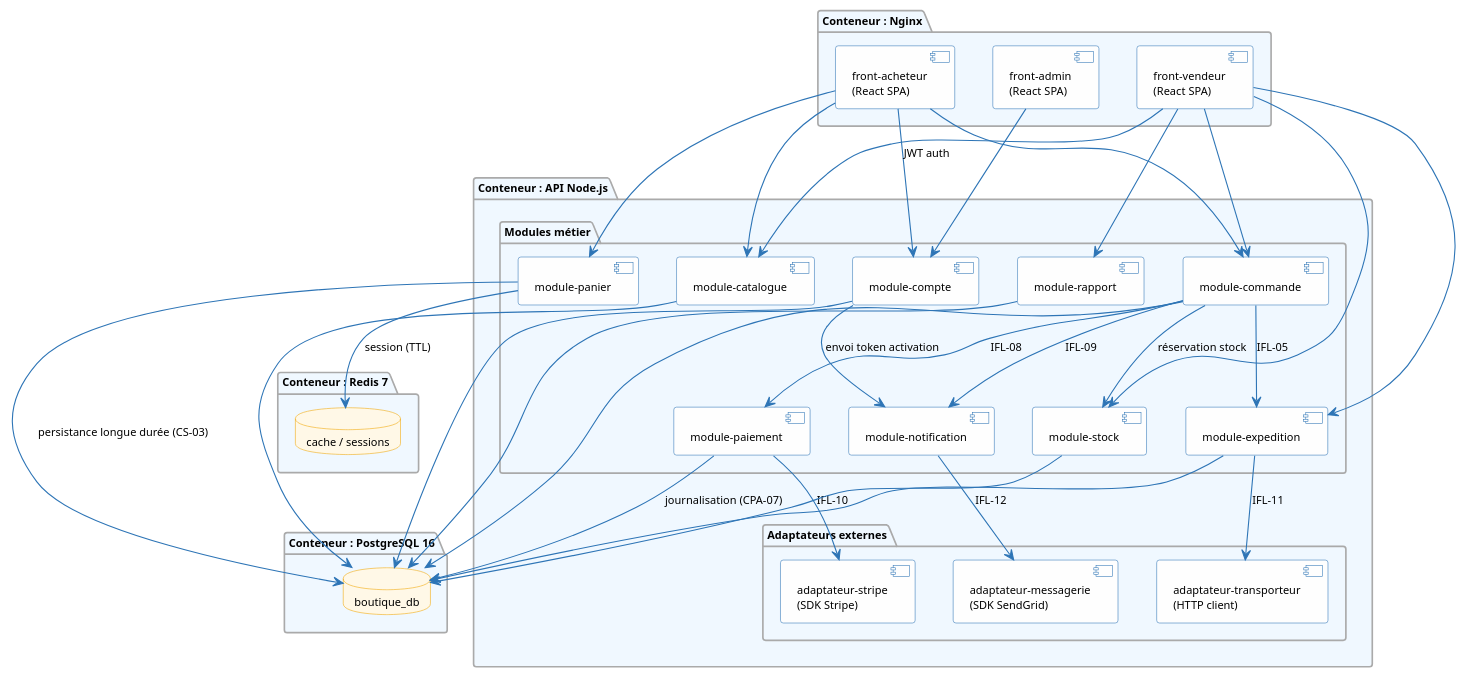
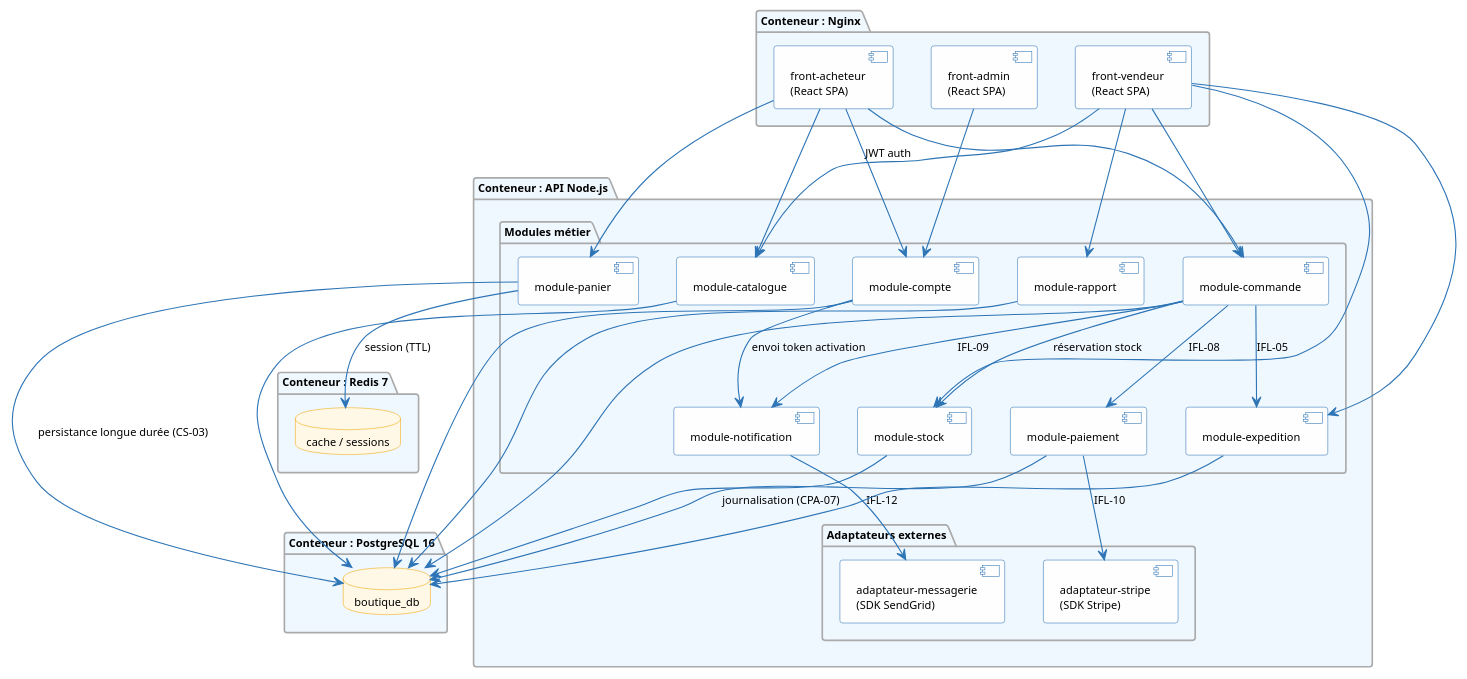
Before and after one commit to louistalvande/online_shop: the second of 4 diagrams in architecture/04-physical-architecture/pa.adoc, drawn with PlantUML. The commit also changed other lines of this file and 4 other files, not shown here.

```diff
--- a/architecture/04-physical-architecture/pa.adoc
+++ b/architecture/04-physical-architecture/pa.adoc
@@ -230,74 +225,72 @@
 [plantuml, pa-components, svg]
 ----
 skinparam componentBackgroundColor #FEFEFE
 skinparam componentBorderColor #2E75B6
 skinparam arrowColor #2E75B6
 skinparam packageBackgroundColor #F0F8FF
 skinparam packageBorderColor #AAAAAA
 skinparam databaseBackgroundColor #FFF8E7
 skinparam databaseBorderColor #F0A500
 skinparam defaultFontSize 10
 
 package "Conteneur : Nginx" {
   [front-acheteur\n(React SPA)] as FrontB
   [front-vendeur\n(React SPA)] as FrontV
   [front-admin\n(React SPA)] as FrontA
 }
 
 package "Conteneur : API Node.js" {
   package "Modules métier" {
     [module-compte] as MCompte
     [module-catalogue] as MCatalogue
     [module-stock] as MStock
     [module-panier] as MPanier
     [module-commande] as MCommande
     [module-paiement] as MPaiement
     [module-expedition] as MExpedition
     [module-notification] as MNotif
     [module-rapport] as MRapport
   }
   package "Adaptateurs externes" {
     [adaptateur-stripe\n(SDK Stripe)] as AStripe
-    [adaptateur-transporteur\n(HTTP client)] as ACarrier
     [adaptateur-messagerie\n(SDK SendGrid)] as AMail
   }
 }
 
 package "Conteneur : PostgreSQL 16" {
   database "boutique_db" as PgDB
 }
 
 package "Conteneur : Redis 7" {
   database "cache / sessions" as RedisDB
 }
 
 FrontB --> MCompte : JWT auth
 FrontB --> MCatalogue
 FrontB --> MPanier
 FrontB --> MCommande
 FrontV --> MCatalogue
 FrontV --> MStock
 FrontV --> MCommande
 FrontV --> MExpedition
 FrontV --> MRapport
 FrontA --> MCompte
 
 MCompte --> MNotif : envoi token activation
 MCommande --> MStock : réservation stock
 MCommande --> MPaiement : IFL-08
 MCommande --> MExpedition : IFL-05
 MCommande --> MNotif : IFL-09
 MPaiement --> AStripe : IFL-10
-MExpedition --> ACarrier : IFL-11
 MNotif --> AMail : IFL-12
 
 MPanier --> RedisDB : session (TTL)
 MPanier --> PgDB : persistance longue durée (CS-03)
 MCompte --> PgDB
 MCatalogue --> PgDB
 MStock --> PgDB
 MCommande --> PgDB
 MPaiement --> PgDB : journalisation (CPA-07)
 MExpedition --> PgDB
 MRapport --> PgDB
 ----
```
